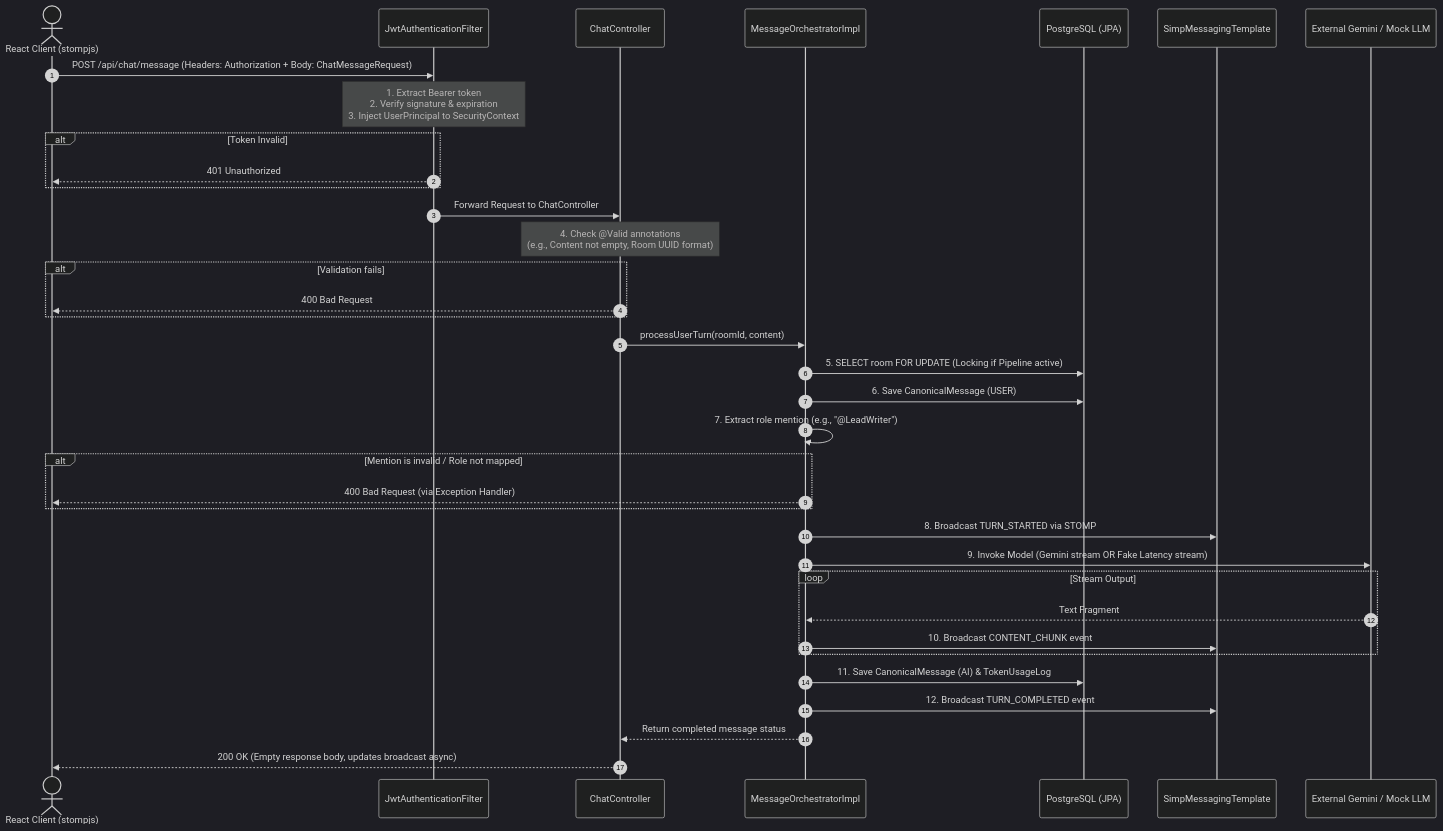
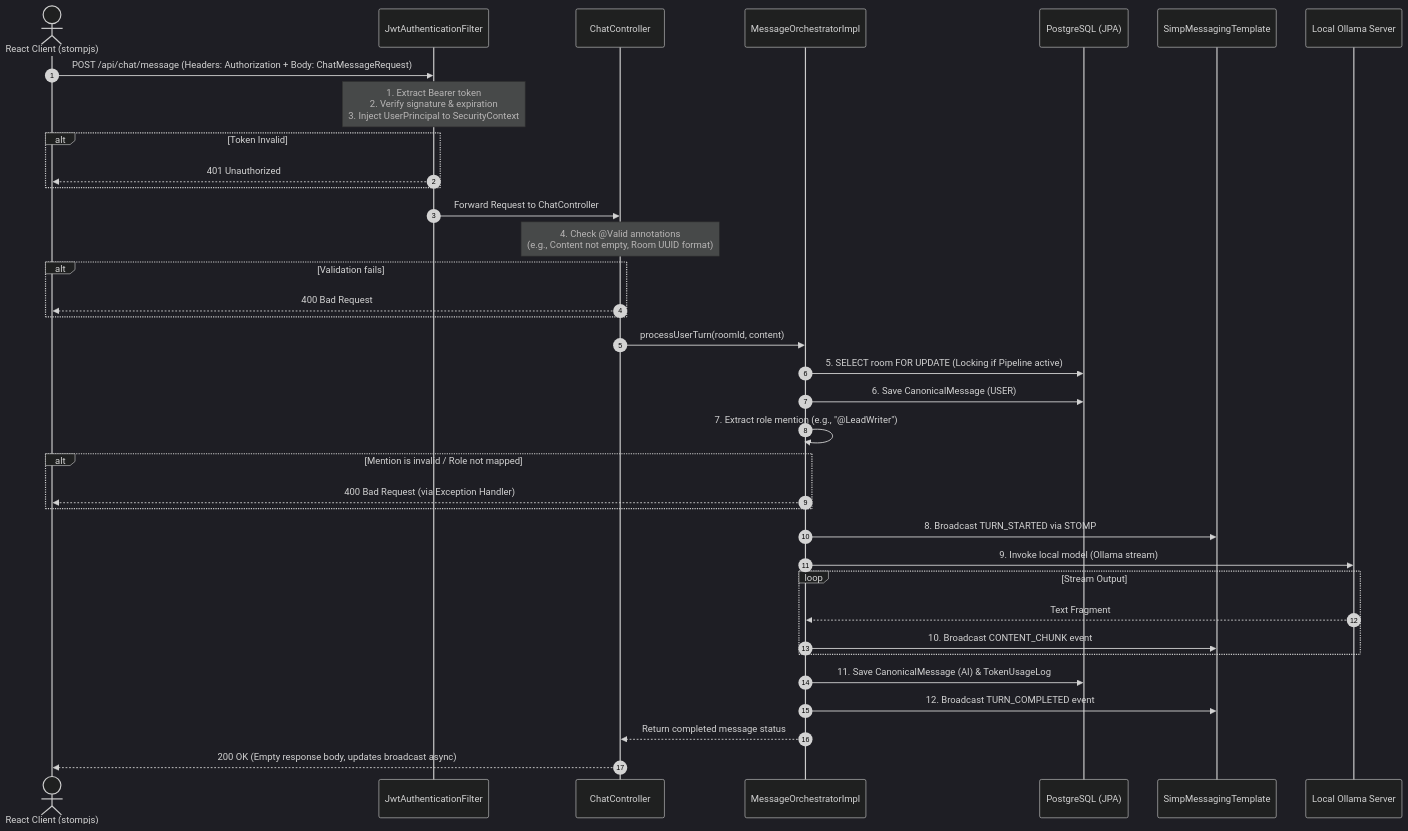
The diagram in Docs/API_Specification.md (vaibhv19/Conclave), drawn with Mermaid (dark theme) before and after one commit. The commit also changed other lines of this file, not shown here.

Commit message:
docs: update API specification for local Ollama server

````diff
--- a/Docs/API_Specification.md
+++ b/Docs/API_Specification.md
@@ -32,48 +32,48 @@
 ```mermaid
 sequenceDiagram
     autonumber
     actor Client as React Client (stompjs)
     participant Filter as JwtAuthenticationFilter
     participant Ctrl as ChatController
     participant Orch as MessageOrchestratorImpl
     participant DB as PostgreSQL (JPA)
     participant WS as SimpMessagingTemplate
-    participant LLM as External Gemini / Mock LLM
+    participant LLM as Local Ollama Server
 
     Client->>Filter: POST /api/chat/message (Headers: Authorization + Body: ChatMessageRequest)
     Note over Filter: 1. Extract Bearer token<br/>2. Verify signature & expiration<br/>3. Inject UserPrincipal to SecurityContext
     
     alt Token Invalid
         Filter-->>Client: 401 Unauthorized
     end
     
     Filter->>Ctrl: Forward Request to ChatController
     
     Note over Ctrl: 4. Check @Valid annotations<br/>(e.g., Content not empty, Room UUID format)
     alt Validation fails
         Ctrl-->>Client: 400 Bad Request
     end
     
     Ctrl->>Orch: processUserTurn(roomId, content)
     
     Orch->>DB: 5. SELECT room FOR UPDATE (Locking if Pipeline active)
     Orch->>DB: 6. Save CanonicalMessage (USER)
     
     Orch->>Orch: 7. Extract role mention (e.g., "@LeadWriter")
     alt Mention is invalid / Role not mapped
         Orch-->>Client: 400 Bad Request (via Exception Handler)
     end
     
     Orch->>WS: 8. Broadcast TURN_STARTED via STOMP
     
-    Orch->>LLM: 9. Invoke Model (Gemini stream OR Fake Latency stream)
+    Orch->>LLM: 9. Invoke local model (Ollama stream)
     loop Stream Output
         LLM-->>Orch: Text Fragment
         Orch->>WS: 10. Broadcast CONTENT_CHUNK event
     end
     
     Orch->>DB: 11. Save CanonicalMessage (AI) & TokenUsageLog
     Orch->>WS: 12. Broadcast TURN_COMPLETED event
     Orch-->>Ctrl: Return completed message status
     Ctrl-->>Client: 200 OK (Empty response body, updates broadcast async)
 ```
````
